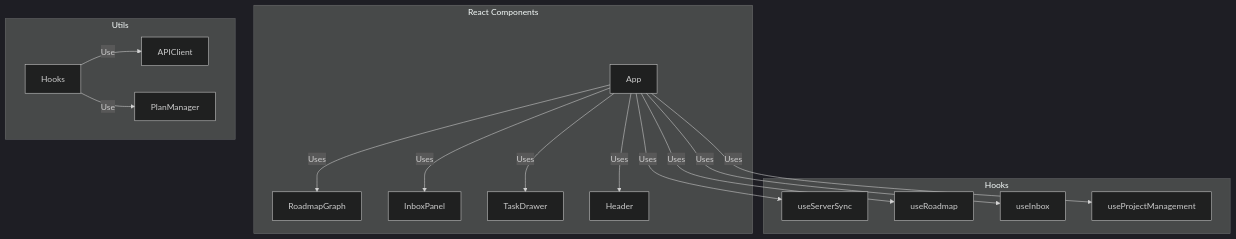
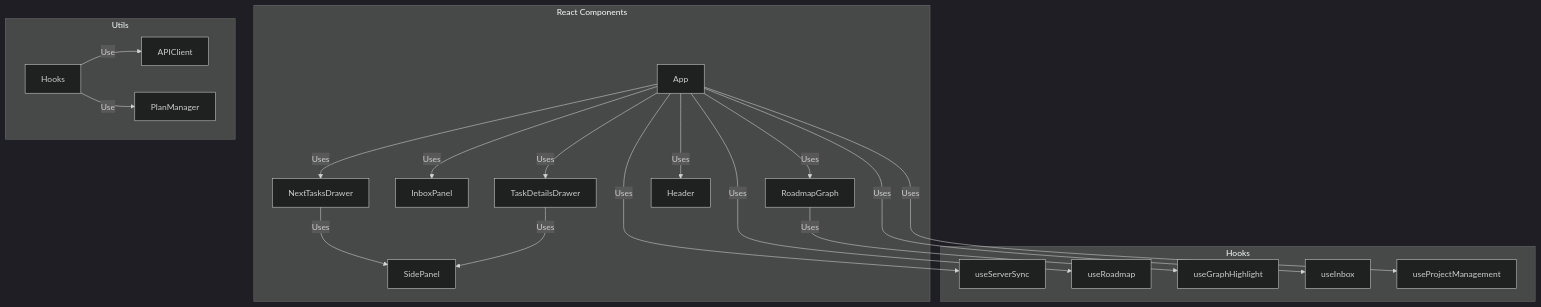
The diagram in docs/architecture/frontend.md (tantinlala/blossom-mcp), drawn with Mermaid (dark theme) before and after one commit. The commit also changed other lines of this file and 55 other files, not shown here.

````diff
--- a/docs/architecture/frontend.md
+++ b/docs/architecture/frontend.md
@@ -3,19 +3,23 @@
 ```mermaid
 graph TD
     subgraph React Components
         App -->|Uses| RoadmapGraph
         App -->|Uses| InboxPanel
-        App -->|Uses| TaskDrawer
+        App -->|Uses| NextTasksDrawer
+        App -->|Uses| TaskDetailsDrawer
         App -->|Uses| Header
+        NextTasksDrawer -->|Uses| SidePanel
+        TaskDetailsDrawer -->|Uses| SidePanel
     end
     subgraph Hooks
         App -->|Uses| useServerSync
         App -->|Uses| useRoadmap
+        RoadmapGraph -->|Uses| useGraphHighlight
         App -->|Uses| useInbox
         App -->|Uses| useProjectManagement
     end
     subgraph Utils
         Hooks2[Hooks] -->|Use| APIClient
         Hooks2 -->|Use| PlanManager
     end
 ```
````
